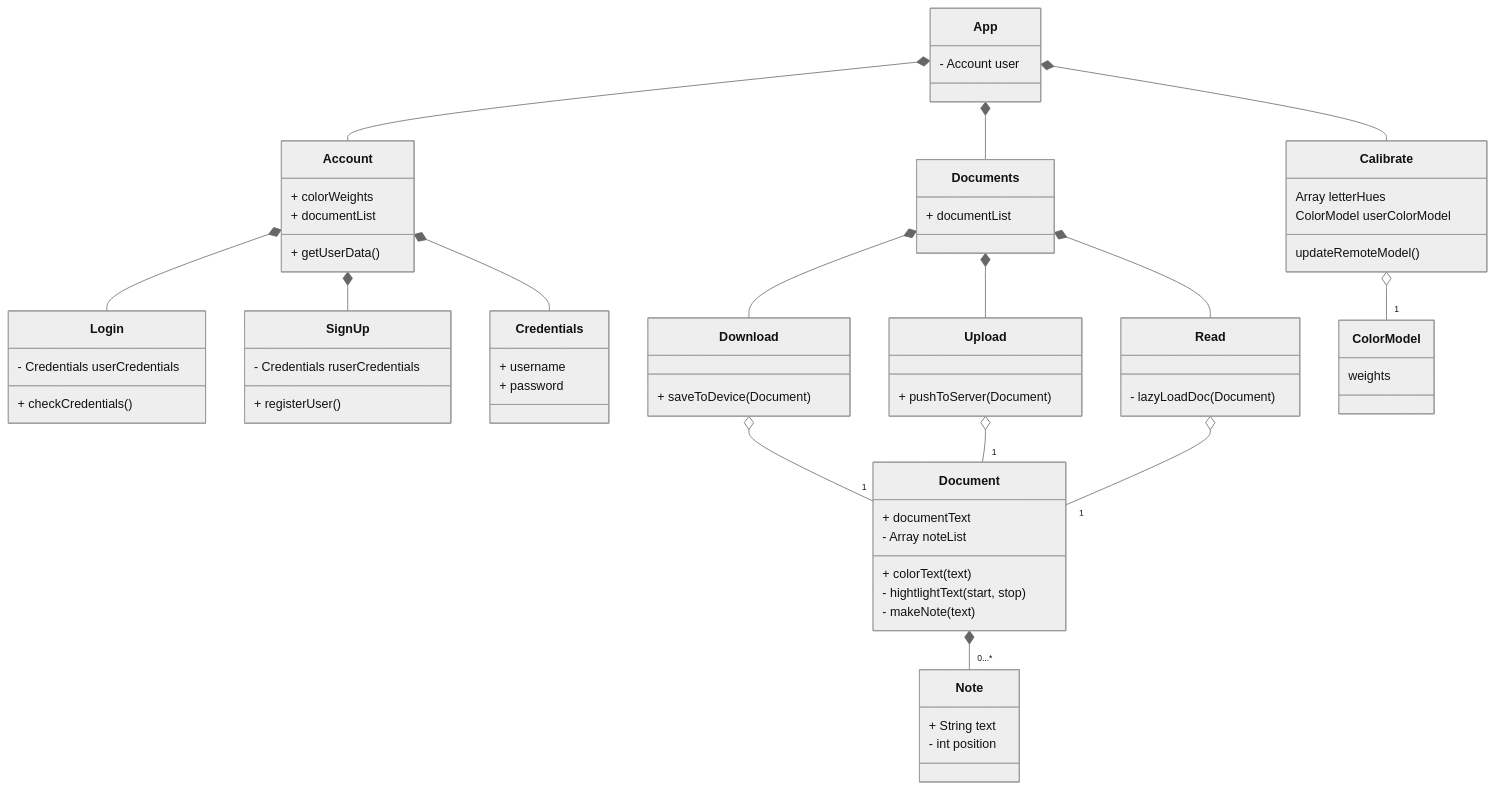
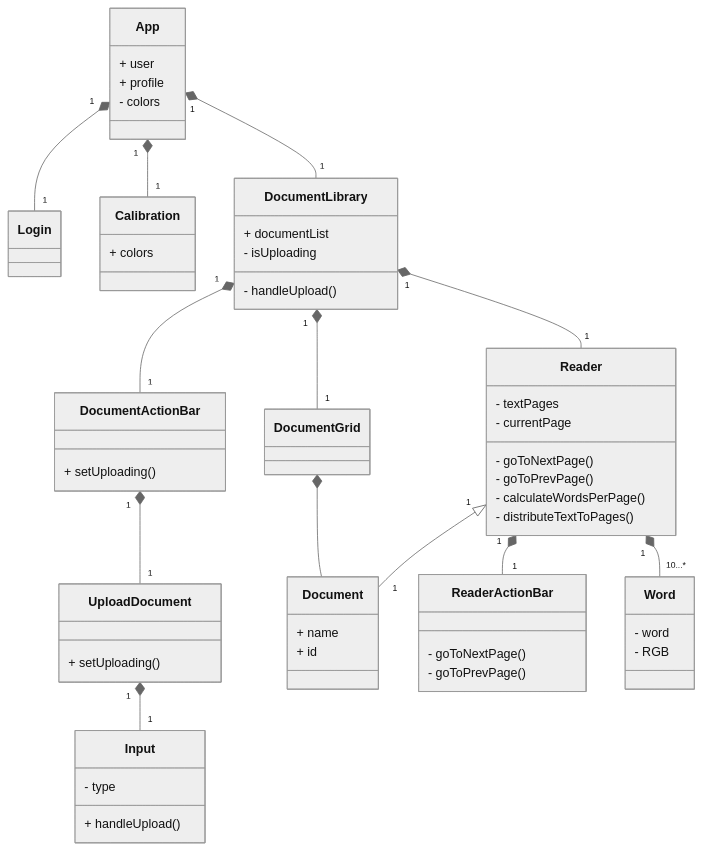
The first of 2 diagrams in documentation/docs/system-architecture/design.md (Capstone-Projects-2024-Spring/project-synesthesia-reading-app), drawn with Mermaid (neutral theme) before and after one commit.

Commit message:
updating UI class diagram

````diff
--- a/documentation/docs/system-architecture/design.md
+++ b/documentation/docs/system-architecture/design.md
@@ -14,52 +14,57 @@
 ```mermaid
 classDiagram
-  App *-- Account
-  App : - Account user
-   
-  Account : + colorWeights
-  Account : + documentList
-  Account : + getUserData()
-  Account *-- Login
-  Login : - Credentials userCredentials
-  Login : + checkCredentials()
-  Account *-- SignUp
-  SignUp : - Credentials ruserCredentials
-  SignUp : + registerUser()
-  Account *-- Credentials
-  Credentials : + username
-  Credentials : + password
+  App "1" *-- "1" Login
+  App : + user
+  App : + profile
+  App : - colors
 
-  App *-- Documents
-  Documents : + documentList
-  Documents *-- Download
-  Download: + saveToDevice(Document)
-  Download o-- "1" Document
+  App "1" *-- "1" Calibration
+  Calibration: + colors 
 
-  Documents *-- Upload
-  Upload: + pushToServer(Document)
-  Upload o-- "1" Document
+  App "1" *-- "1" DocumentLibrary
+  DocumentLibrary : + documentList
+  DocumentLibrary : - isUploading 
+  DocumentLibrary : - handleUpload()
 
-  Documents *-- Read
-  Read: - lazyLoadDoc(Document)
-  Read o-- "1" Document
+  DocumentLibrary "1" *-- "1" DocumentGrid
+  DocumentLibrary "1" *-- "1" DocumentActionBar
 
-  Document: + documentText
-  Document: - Array<Note> noteList
+  DocumentActionBar "1" *-- "1" UploadDocument
+  DocumentActionBar: + setUploading()
+  UploadDocument: + setUploading()
+  UploadDocument "1" *-- "1" Input
+  Input: - type
+  Input: + handleUpload()
 
-  Document *-- "0...*" Note
-  Note: + String text
-  Note: - int position
-  
-  Document: + colorText(text)
-  Document: - hightlightText(start, stop)
-  Document: - makeNote(text)
-  App *-- Calibrate
-  Calibrate: Array<Integer> letterHues
-  Calibrate: ColorModel userColorModel
-  Calibrate: updateRemoteModel()
-  Calibrate o-- "1" ColorModel
-  ColorModel: weights
+
+  DocumentGrid *-- Document
+
+  DocumentLibrary "1" *-- "1" Reader
+  Reader "1" <|-- "1" Document
+
+  Document: + name
+  Document: + id
+
+  Reader: - textPages
+  Reader: - currentPage
+  Reader: - goToNextPage()
+  Reader: - goToPrevPage()
+  Reader: - calculateWordsPerPage()
+  Reader: - distributeTextToPages()
+
+  Reader "1" *-- "1" ReaderActionBar
+  ReaderActionBar: - goToNextPage()
+  ReaderActionBar: - goToPrevPage()
+  Reader "1" *-- "10...*" Word
+
+  Word: - word
+  Word: - RGB
+
+
+
+
+
   
   
   
 ```
````
